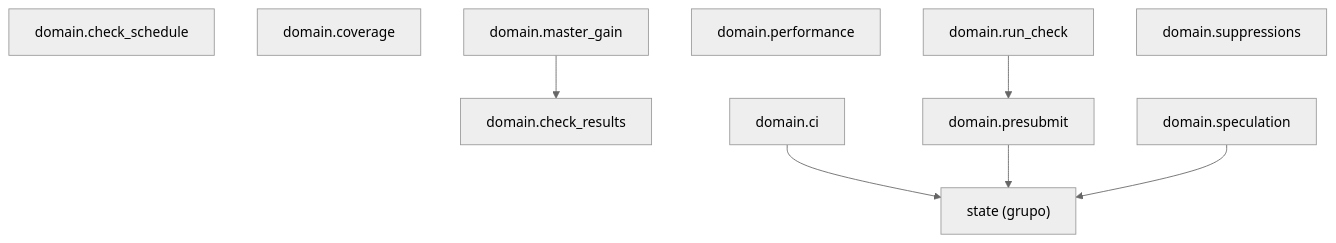
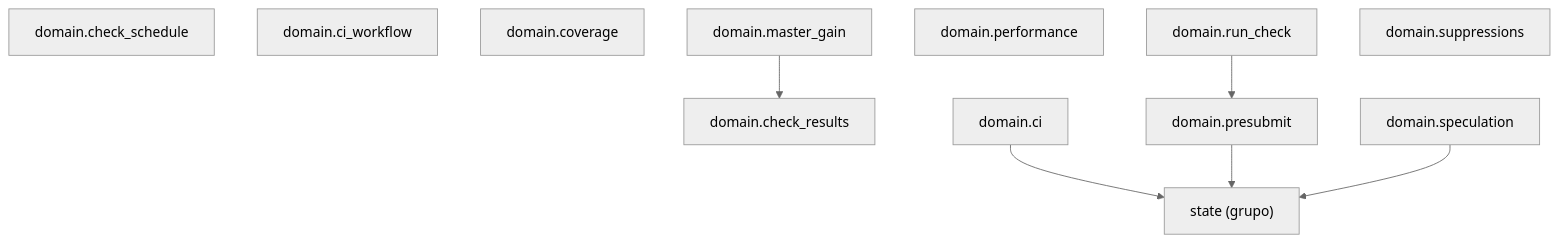
The diagram in docs/architecture/generated/packages-process-domain-checks.md (GonzaloZevallos/agentic-system), drawn with Mermaid (neutral theme) before and after one commit. The commit also changed 4 other files, not shown here.

Commit message:
Regenerate the architecture pages on the integrated head and describe the plan-time CI name rule

````diff
--- a/docs/architecture/generated/packages-process-domain-checks.md
+++ b/docs/architecture/generated/packages-process-domain-checks.md
@@ -11,19 +11,20 @@
 ```mermaid
 graph TD
     g_domain__state["state (grupo)"]
     m_domain__check_results["domain.check_results"]
     m_domain__check_schedule["domain.check_schedule"]
     m_domain__ci["domain.ci"]
+    m_domain__ci_workflow["domain.ci_workflow"]
     m_domain__coverage["domain.coverage"]
     m_domain__master_gain["domain.master_gain"]
     m_domain__performance["domain.performance"]
     m_domain__presubmit["domain.presubmit"]
     m_domain__run_check["domain.run_check"]
     m_domain__speculation["domain.speculation"]
     m_domain__suppressions["domain.suppressions"]
     m_domain__ci --> g_domain__state
     m_domain__master_gain --> m_domain__check_results
     m_domain__presubmit --> g_domain__state
     m_domain__run_check --> m_domain__presubmit
     m_domain__speculation --> g_domain__state
 ```
````
